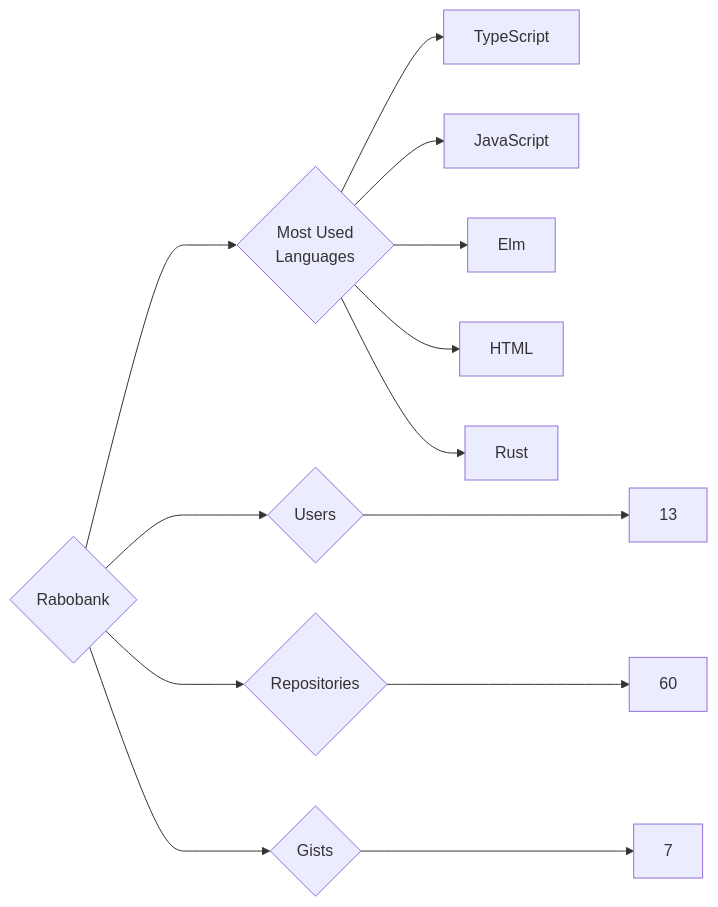
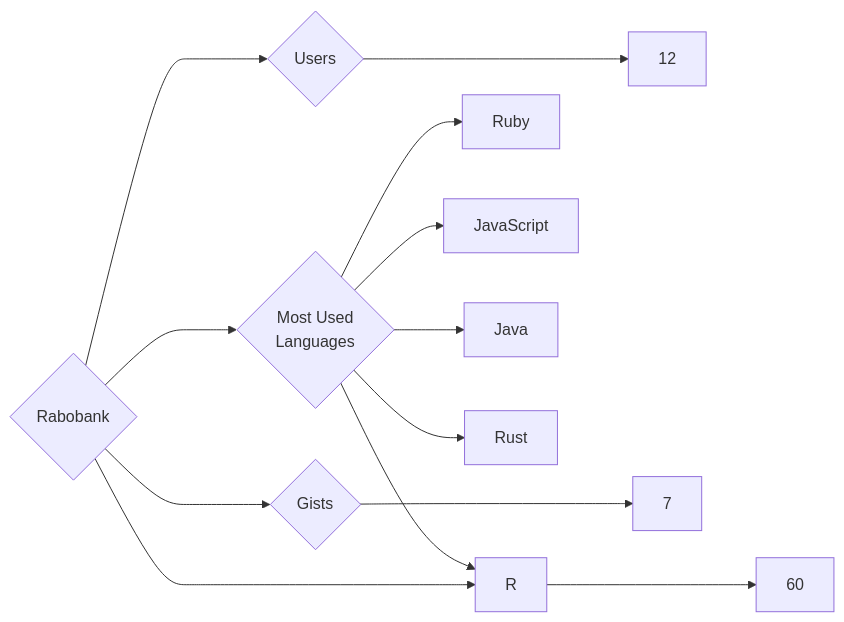
Before and after one commit to trickest/insiders: the diagram in targets/Rabobank/README.md, drawn with Mermaid. The commit also changed 773 other files, not shown here.

````diff
--- a/targets/Rabobank/README.md
+++ b/targets/Rabobank/README.md
@@ -3,13 +3,13 @@
 ```mermaid
 graph LR
 COMPANY_NAME{Rabobank}
-COMPANY_NAME ---> U{Users} ---> UN[13]
+COMPANY_NAME ---> U{Users} ---> UN[12]
 COMPANY_NAME ---> R{Repositories} ---> RN[60]
 COMPANY_NAME ---> G{Gists} ---> GN[7]
 COMPANY_NAME ---> ML{Most Used<br>Languages}
-ML --> TypeScript[TypeScript]
+ML --> Ruby[Ruby]
+ML --> R[R]
 ML --> JavaScript[JavaScript]
-ML --> Elm[Elm]
-ML --> HTML[HTML]
+ML --> Java[Java]
 ML --> Rust[Rust]
 ```
````
